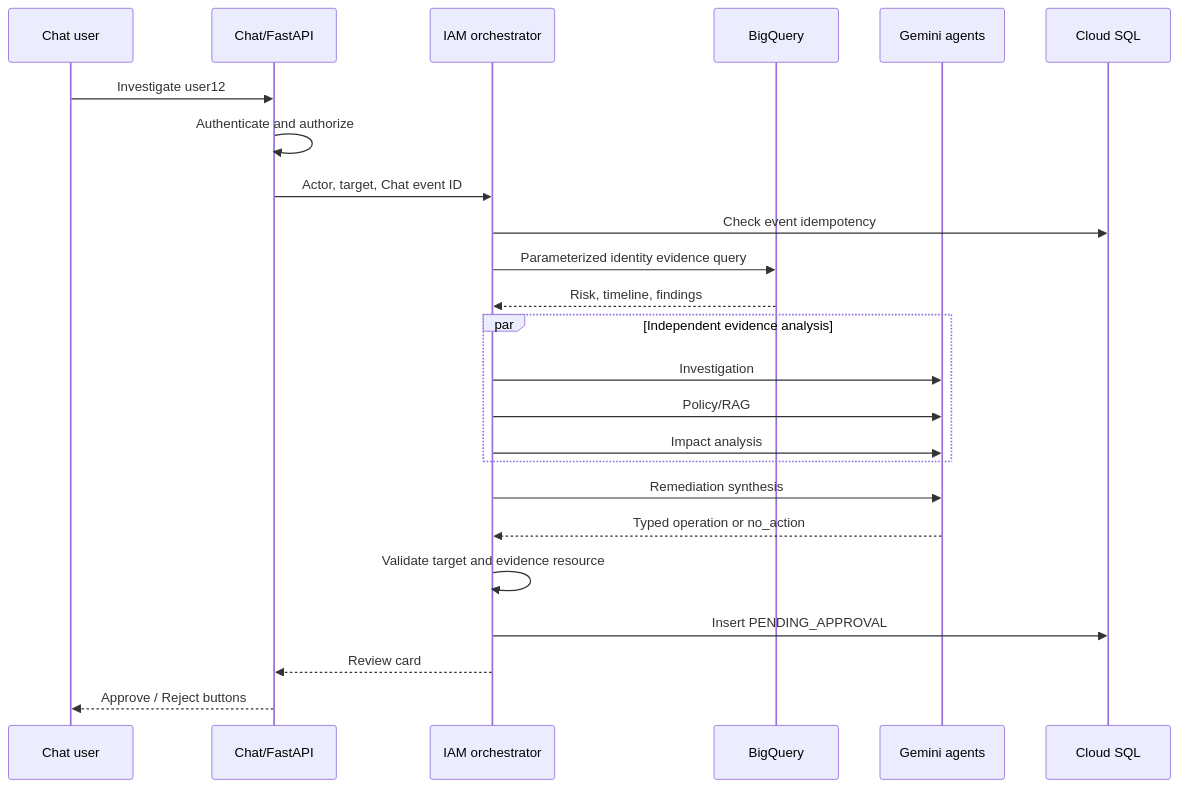
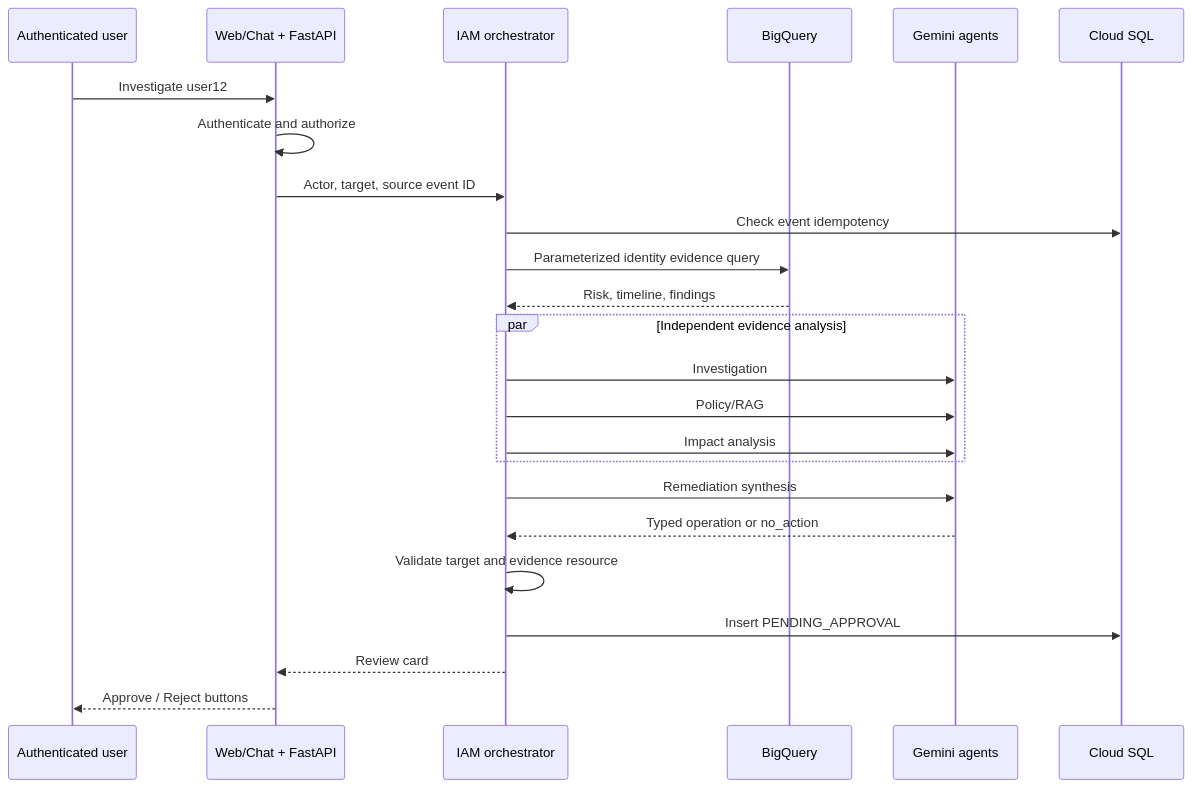
The first of 3 diagrams in ARCHITECTURE.md (sasidharmeka/iam-test), drawn with Mermaid before and after one commit. The commit also changed other lines of this file and 13 other files, not shown here.

Commit message:
Add Gmail-authenticated IAM agent web interface

````diff
--- a/ARCHITECTURE.md
+++ b/ARCHITECTURE.md
@@ -20,27 +20,27 @@
 ```mermaid
 sequenceDiagram
-    participant U as Chat user
-    participant C as Chat/FastAPI
+    participant U as Authenticated user
+    participant C as Web/Chat + FastAPI
     participant O as IAM orchestrator
     participant B as BigQuery
     participant A as Gemini agents
     participant Q as Cloud SQL
 
     U->>C: Investigate user12
     C->>C: Authenticate and authorize
-    C->>O: Actor, target, Chat event ID
+    C->>O: Actor, target, source event ID
     O->>Q: Check event idempotency
     O->>B: Parameterized identity evidence query
     B-->>O: Risk, timeline, findings
     par Independent evidence analysis
         O->>A: Investigation
         O->>A: Policy/RAG
         O->>A: Impact analysis
     end
     O->>A: Remediation synthesis
     A-->>O: Typed operation or no_action
     O->>O: Validate target and evidence resource
     O->>Q: Insert PENDING_APPROVAL
     O-->>C: Review card
     C-->>U: Approve / Reject buttons
 ```
````
